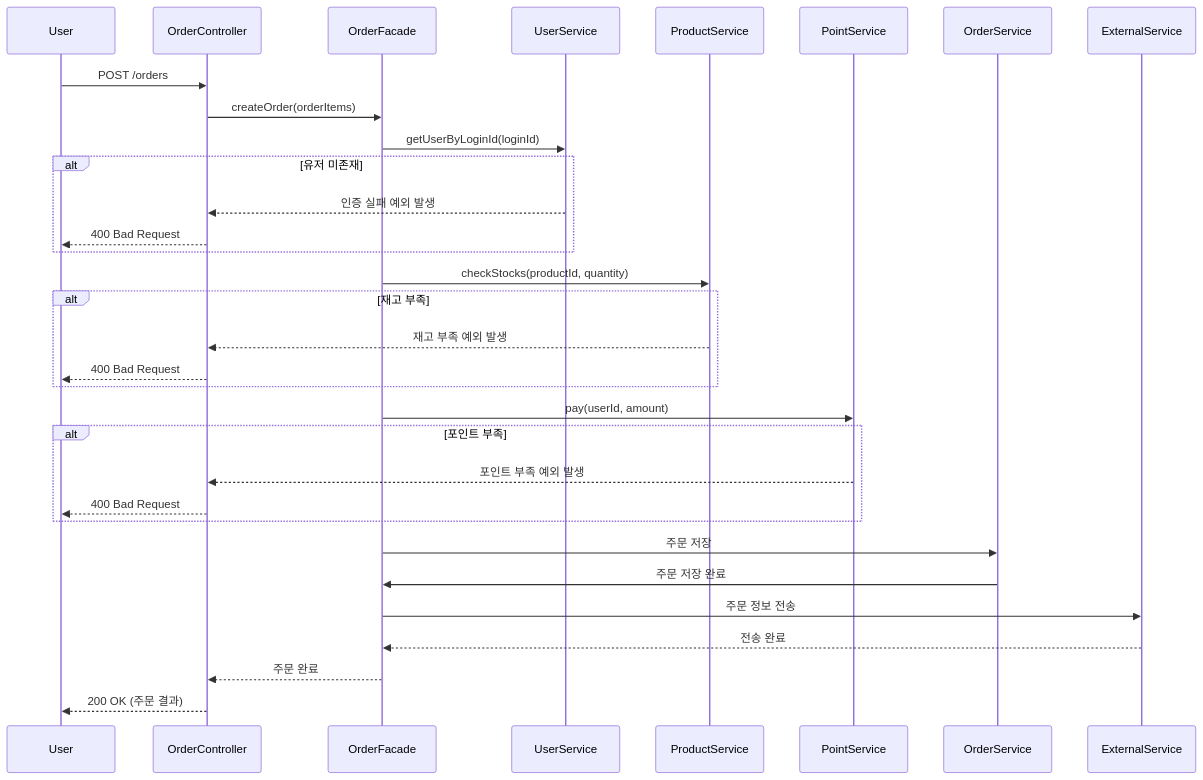
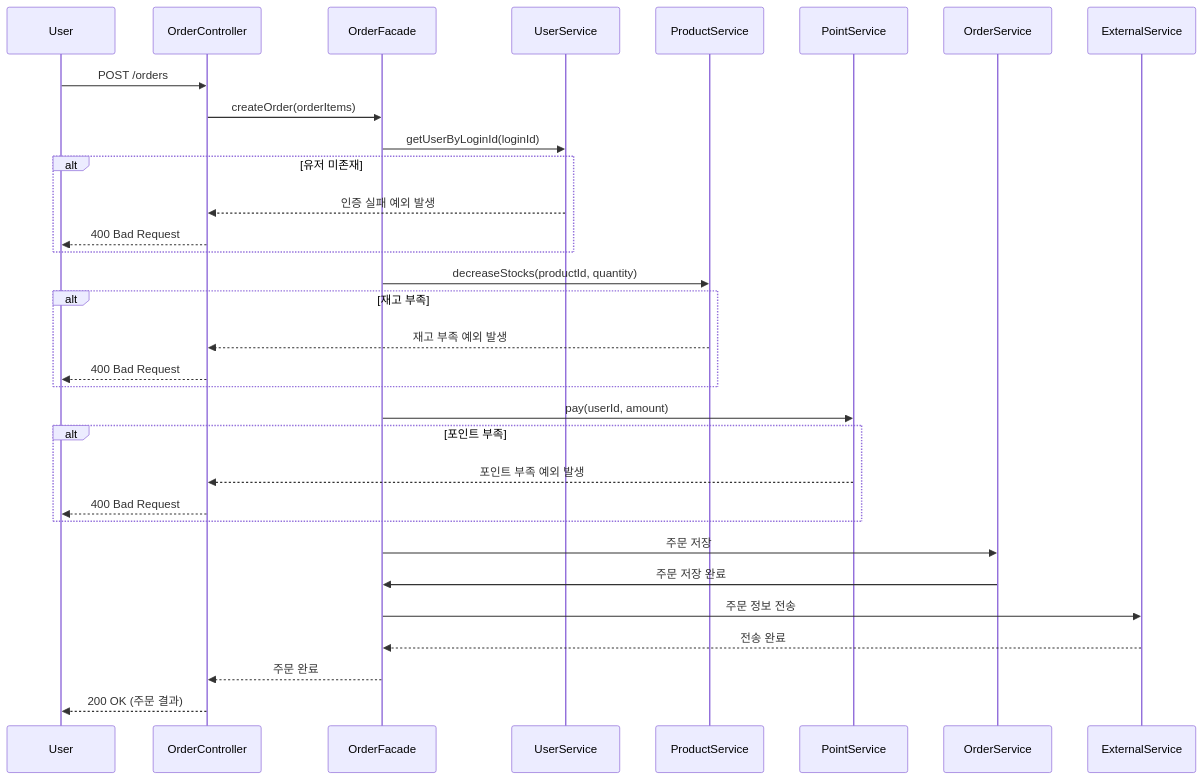
The first of 2 diagrams in .docs/design/02-sequence-diagrams.md (Loopers-dev-lab/loopers-spring-kotlin-template), drawn with Mermaid before and after one commit. The commit also changed other lines of this file and 3 other files, not shown here.

````diff
--- a/.docs/design/02-sequence-diagrams.md
+++ b/.docs/design/02-sequence-diagrams.md
@@ -5,37 +5,37 @@
 ```mermaid
 sequenceDiagram
     participant User
     participant OrderController
     participant OrderFacade
     participant UserService
     participant ProductService
     participant PointService
     participant OrderService
     participant ExternalService
     User ->> OrderController: POST /orders
     OrderController ->> OrderFacade: createOrder(orderItems)
     OrderFacade ->> UserService: getUserByLoginId(loginId)
     alt 유저 미존재
         UserService -->> OrderController: 인증 실패 예외 발생
         OrderController -->> User: 400 Bad Request
     end
 
-    OrderFacade ->> ProductService: checkStocks(productId, quantity)
+    OrderFacade ->> ProductService: decreaseStocks(productId, quantity)
     alt 재고 부족
         ProductService -->> OrderController: 재고 부족 예외 발생
         OrderController -->> User: 400 Bad Request
     end
 
     OrderFacade ->> PointService: pay(userId, amount)
     alt 포인트 부족
         PointService -->> OrderController: 포인트 부족 예외 발생
         OrderController -->> User: 400 Bad Request
     end
 
     OrderFacade ->> OrderService: 주문 저장
     OrderService ->> OrderFacade: 주문 저장 완료
     OrderFacade ->> ExternalService: 주문 정보 전송
     ExternalService -->> OrderFacade: 전송 완료
     OrderFacade -->> OrderController: 주문 완료
     OrderController -->> User: 200 OK (주문 결과)
 ```
````
